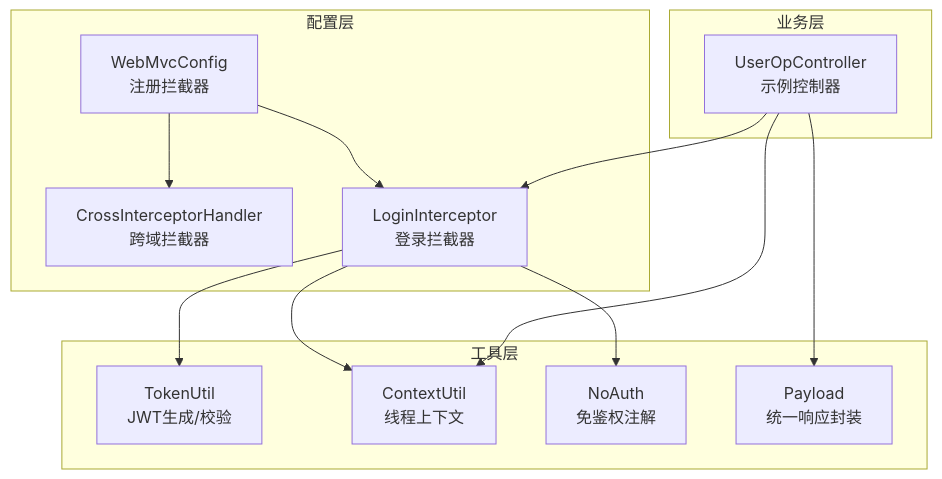
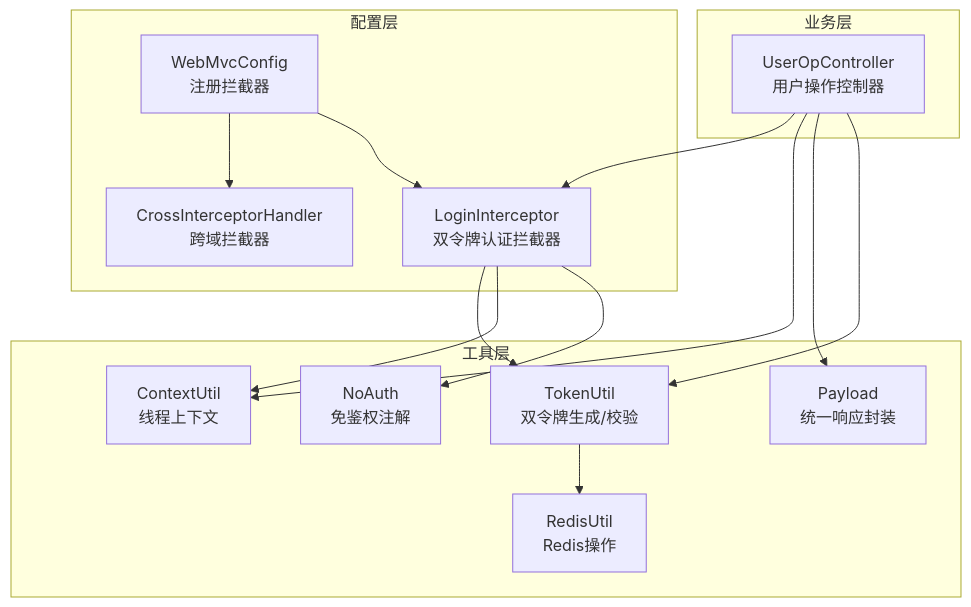
The first of 4 diagrams in .qoder/repowiki/zh/content/配置管理/拦截器配置.md (liftp/chat_simple), drawn with Mermaid before and after one commit. The commit also changed other lines of this file and 6 other files, not shown here.

````diff
--- a/.qoder/repowiki/zh/content/配置管理/拦截器配置.md
+++ b/.qoder/repowiki/zh/content/配置管理/拦截器配置.md
@@ -43,25 +47,28 @@
 ```mermaid
 graph TB
 subgraph "配置层"
 WMC["WebMvcConfig<br/>注册拦截器"]
 CIH["CrossInterceptorHandler<br/>跨域拦截器"]
-LIH["LoginInterceptor<br/>登录拦截器"]
+LIH["LoginInterceptor<br/>双令牌认证拦截器"]
 end
 subgraph "工具层"
-TU["TokenUtil<br/>JWT生成/校验"]
+TU["TokenUtil<br/>双令牌生成/校验"]
 CTX["ContextUtil<br/>线程上下文"]
 NA["NoAuth<br/>免鉴权注解"]
 PL["Payload<br/>统一响应封装"]
+RU["RedisUtil<br/>Redis操作"]
 end
 subgraph "业务层"
-UOC["UserOpController<br/>示例控制器"]
+UOC["UserOpController<br/>用户操作控制器"]
 end
 WMC --> CIH
 WMC --> LIH
 LIH --> TU
 LIH --> CTX
 LIH --> NA
 UOC --> LIH
 UOC --> CTX
 UOC --> PL
+UOC --> TU
+TU --> RU
 ```
````
